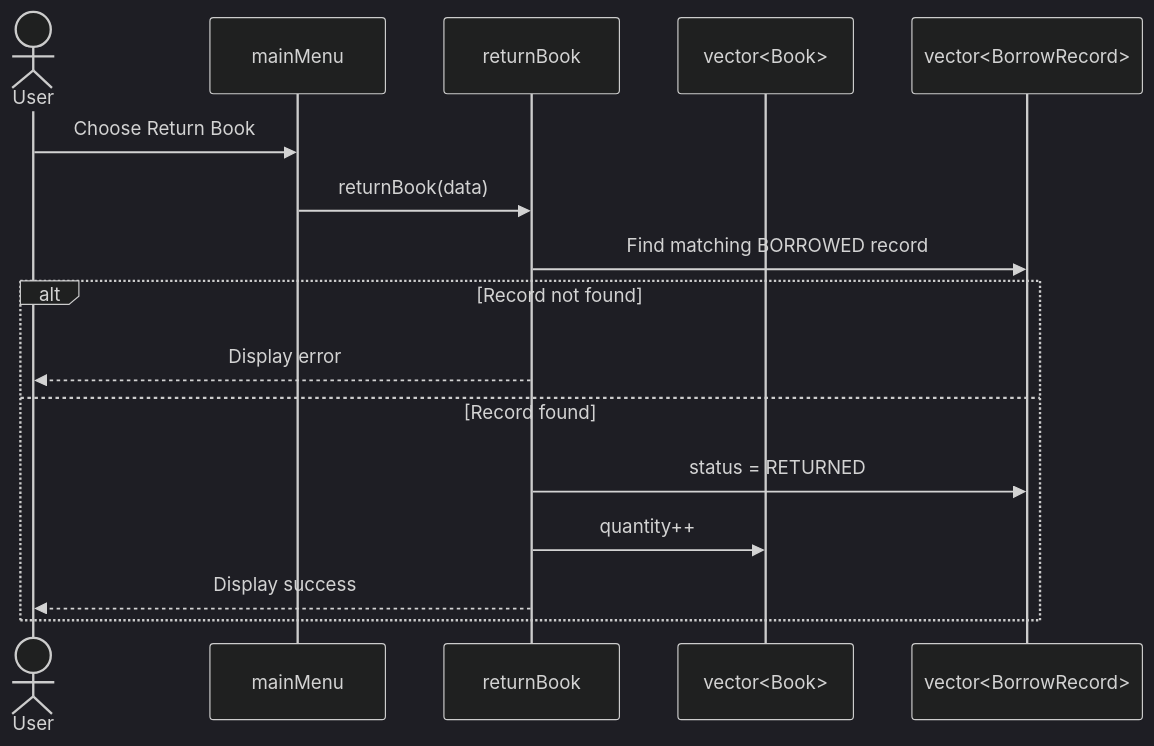
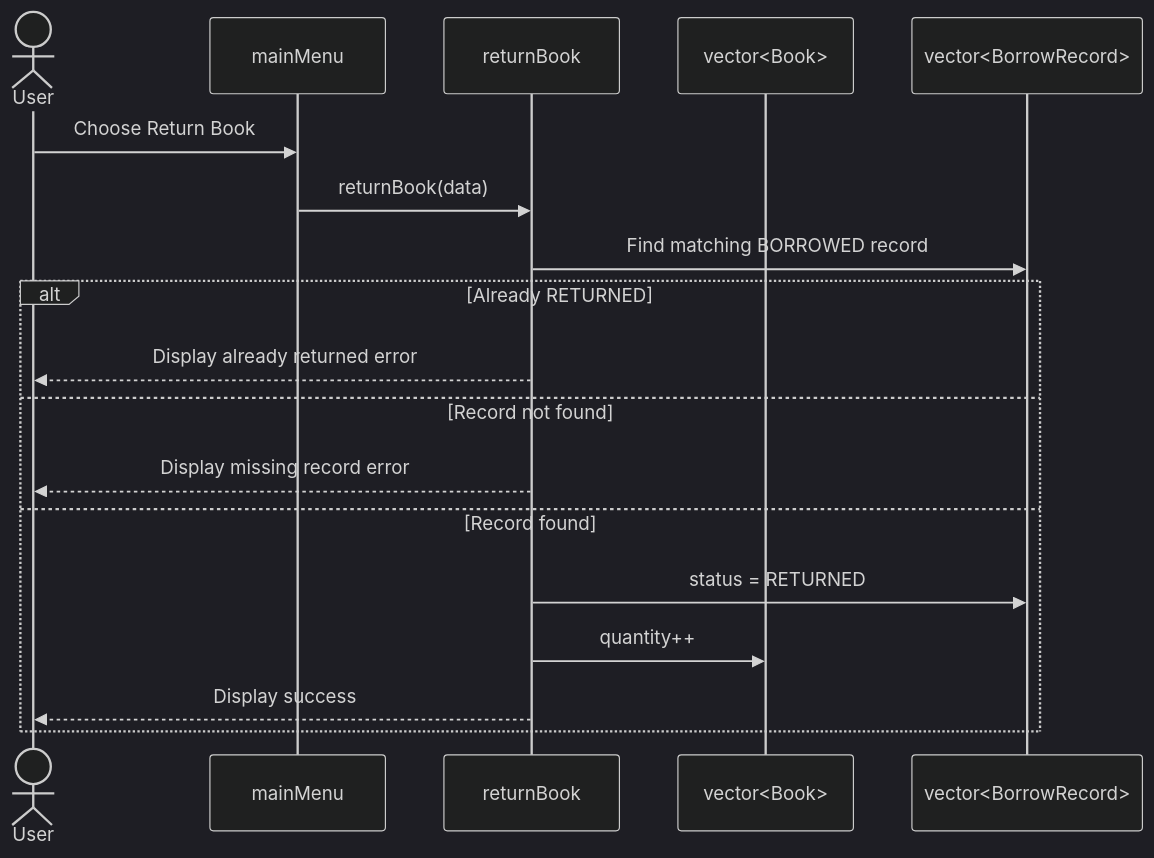
The fourth of 4 diagrams in ARCHITECTURE.md (yodawu28/library-management), drawn with Mermaid (dark theme) before and after one commit. The commit also changed other lines of this file and 4 other files, not shown here.

First line of the commit message:
fix(architecture): align sprint 4 library data contract

````diff
--- a/ARCHITECTURE.md
+++ b/ARCHITECTURE.md
@@ -173,19 +174,21 @@
 ```mermaid
 sequenceDiagram
     actor U as User
     participant M as mainMenu
     participant R as returnBook
     participant Books as vector<Book>
     participant Records as vector<BorrowRecord>
 
     U->>M: Choose Return Book
     M->>R: returnBook(data)
     R->>Records: Find matching BORROWED record
-    alt Record not found
-        R-->>U: Display error
+    alt Already RETURNED
+        R-->>U: Display already returned error
+    else Record not found
+        R-->>U: Display missing record error
     else Record found
         R->>Records: status = RETURNED
         R->>Books: quantity++
         R-->>U: Display success
     end
 ```
````
